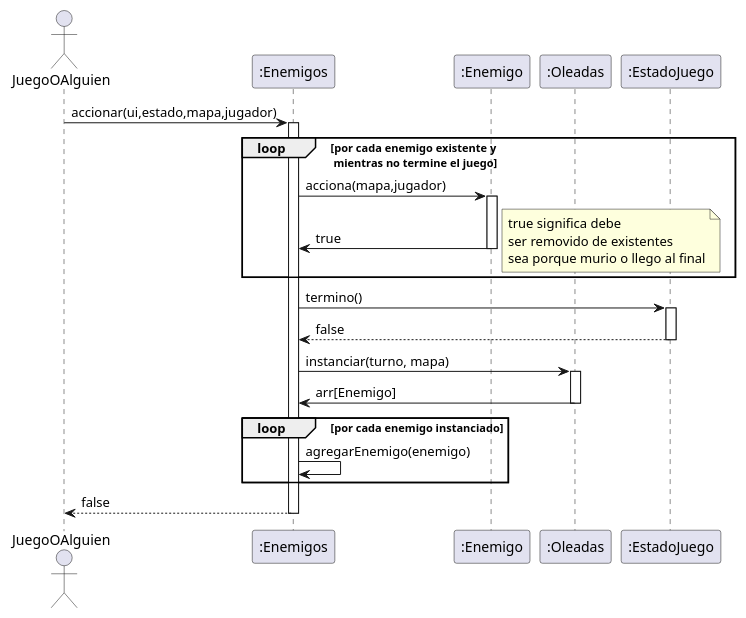
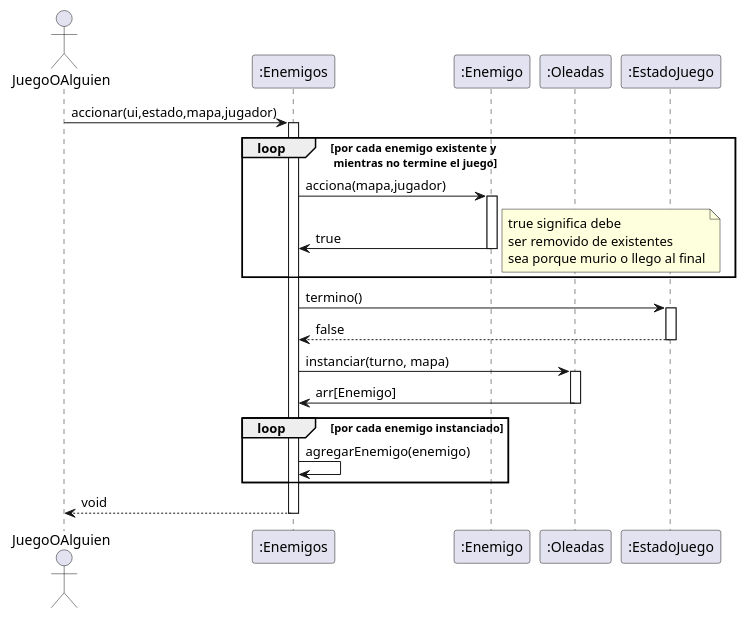
Before and after one commit to MarceloAgustinOrigoniGuillaume/Algo3_TP2_1C2023: the diagram in diagrams/sequences/propuestasMarcelo/enemigos/ideaTurnoEnemigos.puml, drawn with PlantUML. The commit also changed 15 other files, not shown here.

```diff
--- a/diagrams/sequences/propuestasMarcelo/enemigos/ideaTurnoEnemigos.puml
+++ b/diagrams/sequences/propuestasMarcelo/enemigos/ideaTurnoEnemigos.puml
@@ -1,43 +1,43 @@
 @startuml
 
 Actor JuegoOAlguien as sis
 participant ":Enemigos" as enemies
 participant ":Enemigo" as enemy
 participant ":Oleadas" as oleada
 participant ":EstadoJuego" as state
 
 sis-> enemies : accionar(ui,estado,mapa,jugador)
 activate enemies
 
 loop por cada enemigo existente y\n mientras no termine el juego
 enemies->enemy: acciona(mapa,jugador)
 activate enemy
 enemy->enemies: true
 note right
 true significa debe 
 ser removido de existentes
 sea porque murio o llego al final
 end note
 deactivate enemy
 end
 
 enemies -> state : termino()
 activate state
 state-->enemies : false
 deactivate state
 
 enemies -> oleada: instanciar(turno, mapa)
 activate oleada
 oleada-> enemies: arr[Enemigo]
 deactivate oleada
 
 loop por cada enemigo instanciado
 enemies->enemies: agregarEnemigo(enemigo)
 end
 
-enemies-->sis: false
+enemies-->sis: void
 deactivate enemies
 
 
 
 @enduml
```
